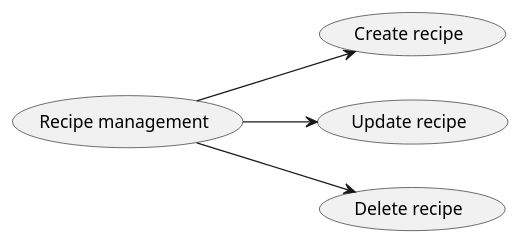
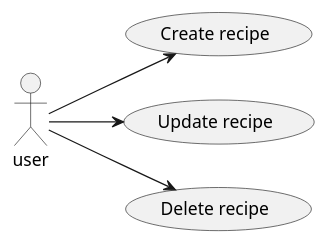
One commit to iusildra/WineCellar changed the first of 13 diagrams in doc/reports/usecaseAnalysis/plantuml/detailledUsecases.plantuml. Above: the diagram before and after it, drawn with PlantUML. The commit also changed other lines of this file and 38 other files, not shown here.

```diff
--- a/doc/reports/usecaseAnalysis/plantuml/detailledUsecases.plantuml
+++ b/doc/reports/usecaseAnalysis/plantuml/detailledUsecases.plantuml
@@ -1,11 +1,10 @@
 @startuml recipeManagement
 left to right direction
-(Recipe management) as management
 (Create recipe) as createR
 (Update recipe) as updateR
 (Delete recipe) as deleteR
 
-management --> createR
-management --> updateR
-management --> deleteR
+user --> createR
+user --> updateR
+user --> deleteR
 @enduml
```
